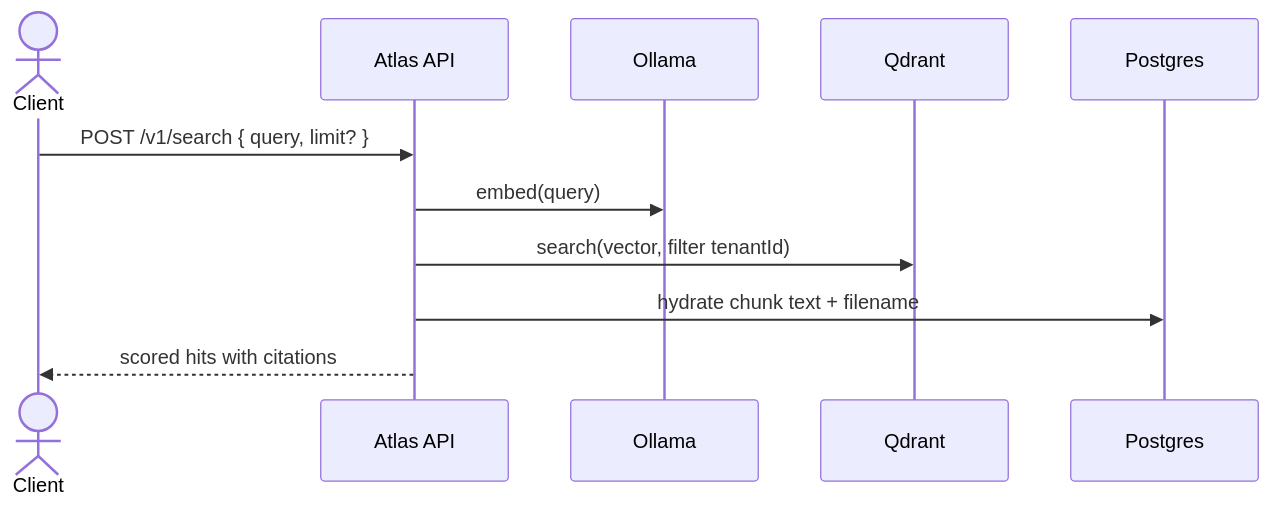
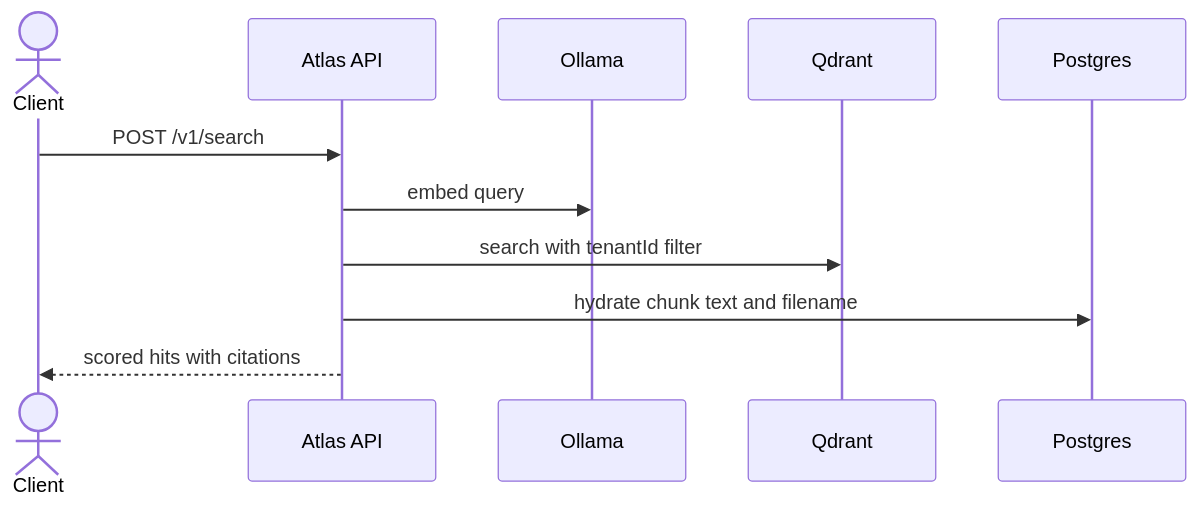
One commit to EBay1992/atlas changed the third of 4 diagrams in docs/architecture/sequence-diagrams.md. Above: the diagram before and after it, drawn with Mermaid. The commit also changed other lines of this file and 3 other files, not shown here.

First line of the commit message:
docs: fix Mermaid diagrams for GitHub rendering

````diff
--- a/docs/architecture/sequence-diagrams.md
+++ b/docs/architecture/sequence-diagrams.md
@@ -46,14 +46,14 @@
 ```mermaid
 sequenceDiagram
   actor Client
   participant API as Atlas API
   participant Emb as Ollama
   participant V as Qdrant
   participant DB as Postgres
 
-  Client->>API: POST /v1/search { query, limit? }
-  API->>Emb: embed(query)
-  API->>V: search(vector, filter tenantId)
-  API->>DB: hydrate chunk text + filename
+  Client->>API: POST /v1/search
+  API->>Emb: embed query
+  API->>V: search with tenantId filter
+  API->>DB: hydrate chunk text and filename
   API-->>Client: scored hits with citations
 ```
````
